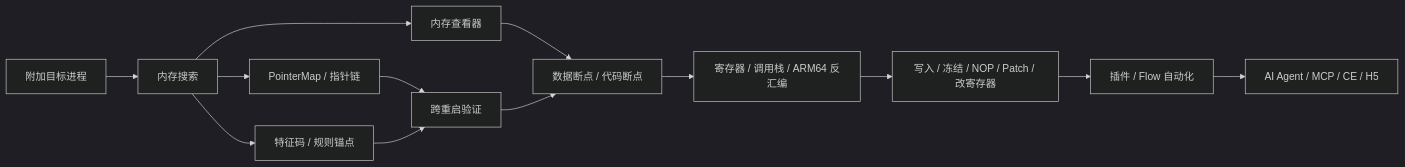
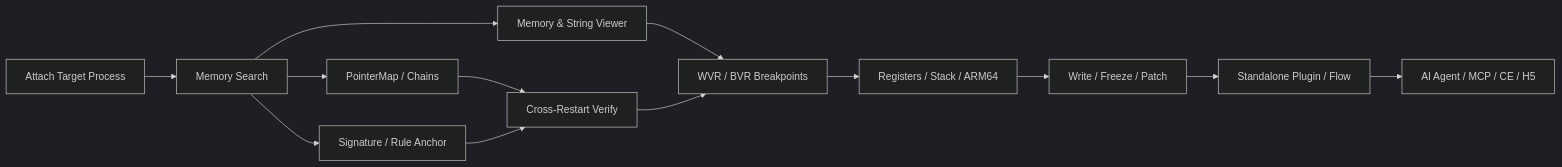
The diagram in README.md (susu123oss/MemoryToolkit-Release), drawn with Mermaid (dark theme) before and after one commit. The commit also changed other lines of this file and 2 other files, not shown here.

````diff
--- a/README.md
+++ b/README.md
@@ -248,15 +123,15 @@
 ```mermaid
 flowchart LR
-    A["附加目标进程"] --> B["内存搜索"]
-    B --> C1["PointerMap / 指针链"]
-    B --> C2["特征码 / 规则锚点"]
-    B --> D["内存查看器"]
-    C1 --> E["跨重启验证"]
+    A["Attach Target Process"] --> B["Memory Search"]
+    B --> C1["PointerMap / Chains"]
+    B --> C2["Signature / Rule Anchor"]
+    B --> D["Memory & String Viewer"]
+    C1 --> E["Cross-Restart Verify"]
     C2 --> E
-    D --> F["数据断点 / 代码断点"]
+    D --> F["WVR / BVR Breakpoints"]
     E --> F
-    F --> G["寄存器 / 调用栈 / ARM64 反汇编"]
-    G --> H["写入 / 冻结 / NOP / Patch / 改寄存器"]
-    H --> I["插件 / Flow 自动化"]
+    F --> G["Registers / Stack / ARM64"]
+    G --> H["Write / Freeze / Patch"]
+    H --> I["Standalone Plugin / Flow"]
     I --> J["AI Agent / MCP / CE / H5"]
 ```
````
